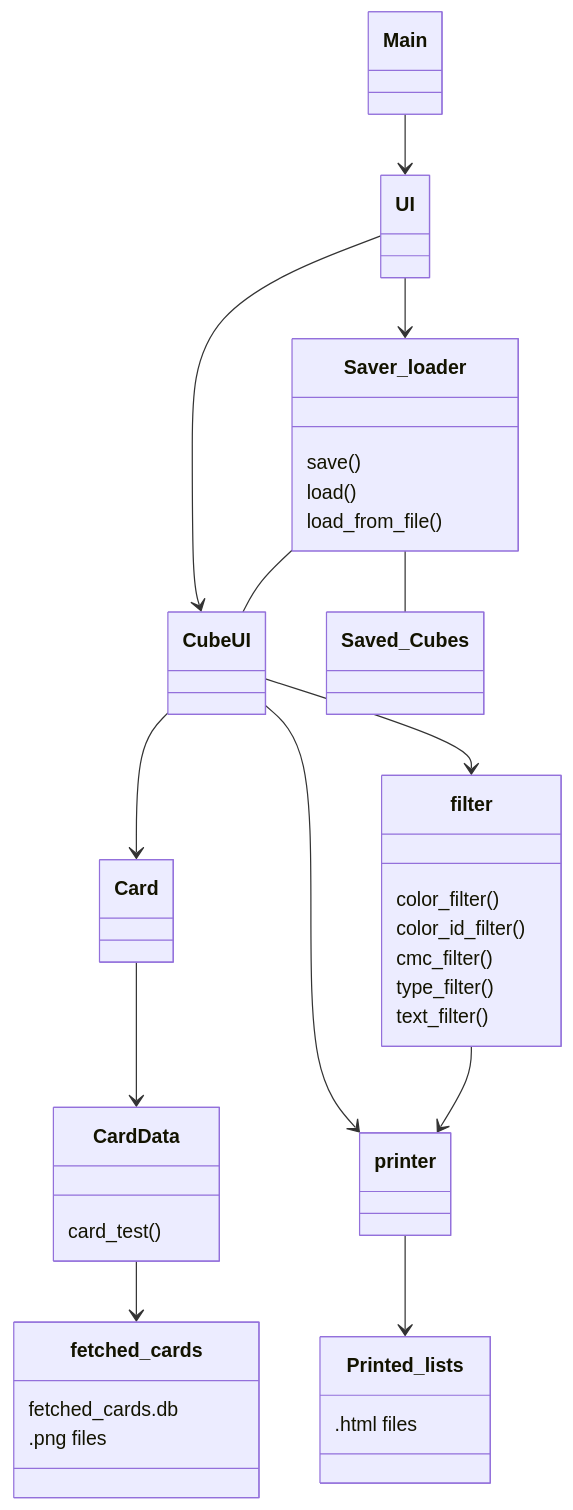
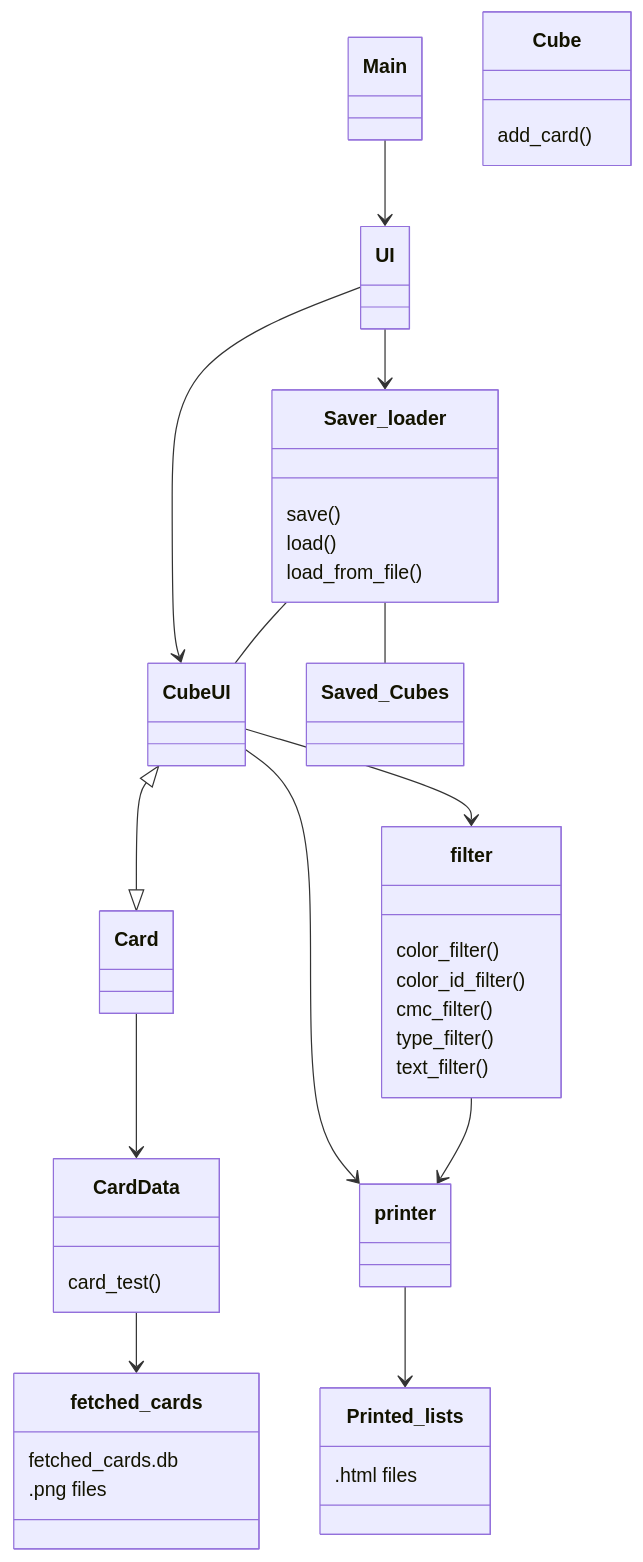
Before and after one commit to EeroAnt/ot-harjoitusty-: the second of 2 diagrams in MTG-Cube-App/dokumentaatio/arkkitehtuuri.md, drawn with Mermaid.

Commit message:
pakkauskaaviota hiottu

````diff
--- a/MTG-Cube-App/dokumentaatio/arkkitehtuuri.md
+++ b/MTG-Cube-App/dokumentaatio/arkkitehtuuri.md
@@ -39,37 +39,40 @@
 ```mermaid
  classDiagram
      Main --> UI
      UI --> CubeUI
      UI --> Saver_loader
      Saver_loader -- CubeUI
      Saver_loader -- Saved_Cubes
-     CubeUI --> Card
+     CubeUI <|--|> Card
      Card --> CardData
      CubeUI --> filter
      CubeUI --> printer
      filter --> printer
      CardData --> fetched_cards
      printer --> Printed_lists
      class Saver_loader{
        save()
        load()
        load_from_file()
 }
      class CardData{
        card_test()
+}
+     class Cube{
+       add_card()
 }
      class filter{
        color_filter()
        color_id_filter()
        cmc_filter()
        type_filter()
        text_filter()
 }
      class fetched_cards{
        fetched_cards.db
        .png files
 }
      class Printed_lists{
        .html files
 }
 ```
````
